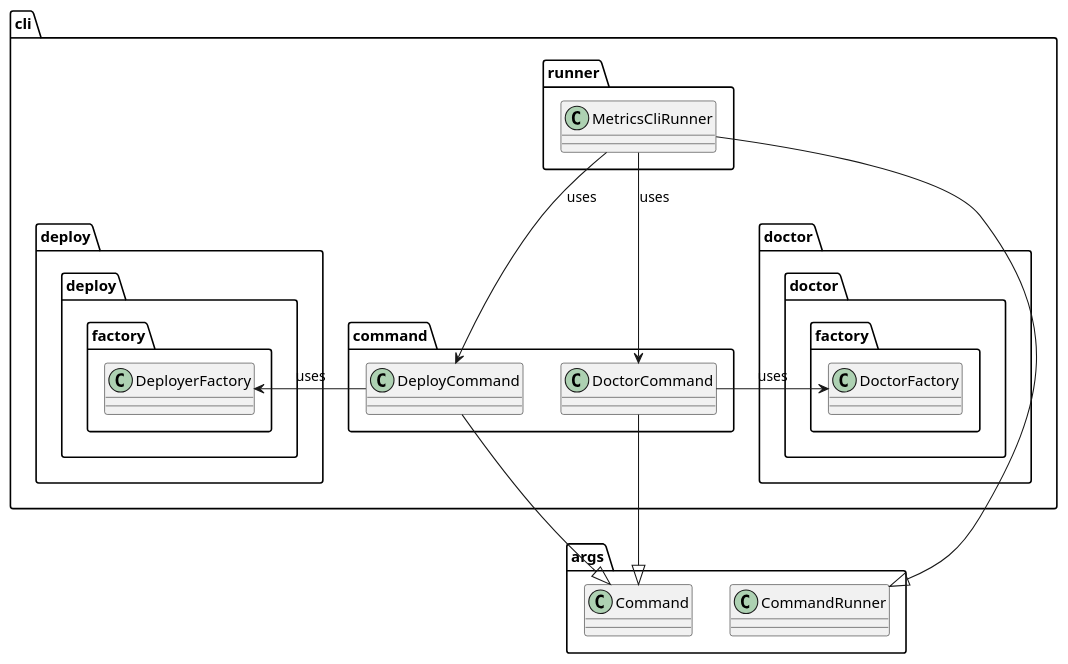
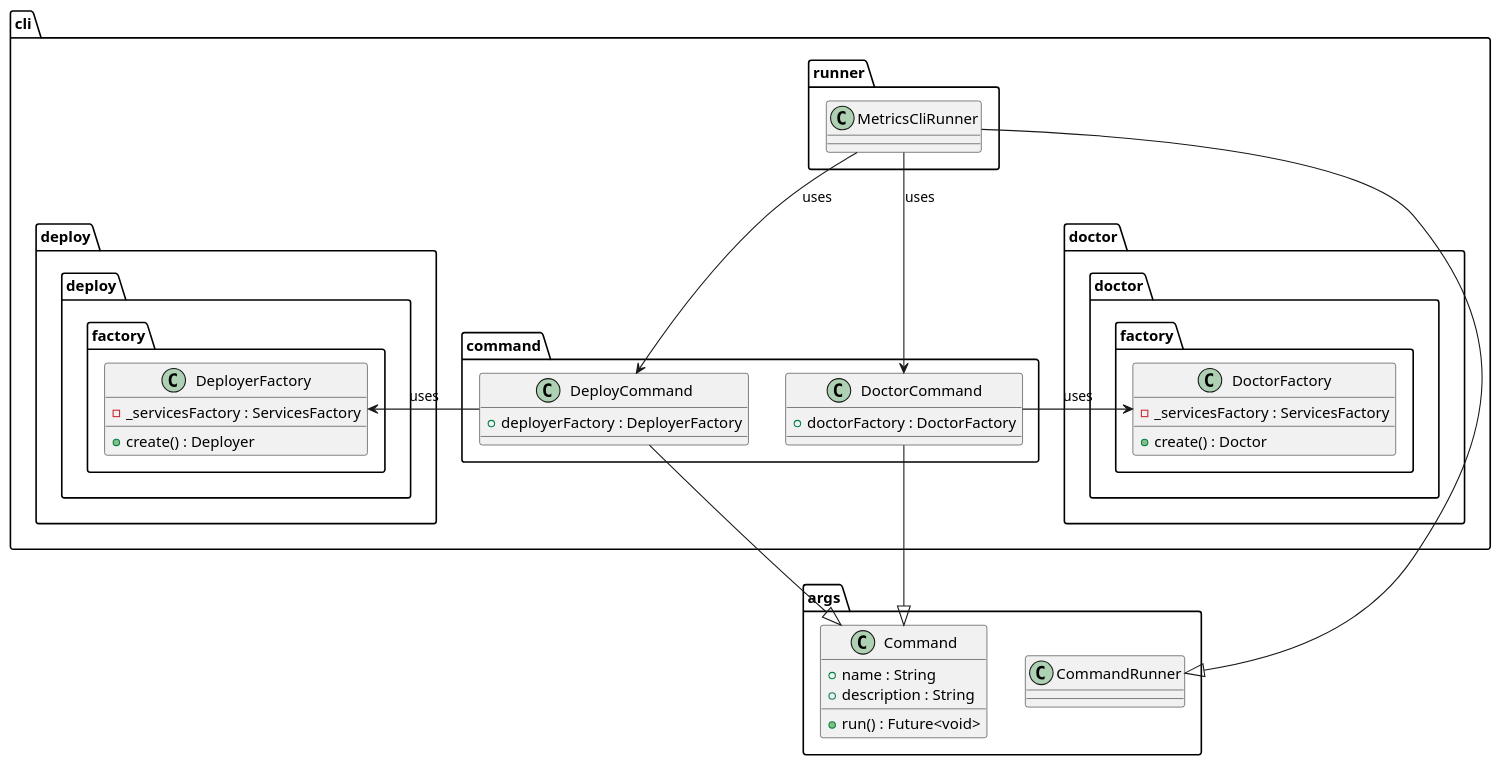
The diagram in metrics/cli/docs/diagrams/metrics_cli_runner_class_diagram.puml (Flank/flank-dashboard), drawn with PlantUML before and after one commit. The commit also changed 4 other files, not shown here.

```diff
--- a/metrics/cli/docs/diagrams/metrics_cli_runner_class_diagram.puml
+++ b/metrics/cli/docs/diagrams/metrics_cli_runner_class_diagram.puml
@@ -1,42 +1,57 @@
 @startuml metrics_cli_runner_class_diagram
 
 package args {
     class CommandRunner{}
-    class Command {}
+    class Command {
+        + name : String
+        + description : String
+        + run() : Future<void>
+    }
 }
 
 package cli {
     package doctor {
         package factory as doctor.factory {
-            class DoctorFactory {}
+            class DoctorFactory {
+            - _servicesFactory : ServicesFactory
+            + create() : Doctor
+            }
         }
     }
 
     package runner {
         class MetricsCliRunner {}
     }
 
     package command {
-        class DeployCommand {}
-        class DoctorCommand {}
+        class DeployCommand {
+            + deployerFactory : DeployerFactory
+        }
+
+        class DoctorCommand {
+            + doctorFactory : DoctorFactory
+        }
     }
 
     package deploy {
         package factory as deploy.factory{
-            class DeployerFactory {}
+            class DeployerFactory {
+                - _servicesFactory : ServicesFactory
+                + create() : Deployer
+            }
         }
     }
 }
 
 MetricsCliRunner --> DoctorCommand : uses
 MetricsCliRunner --> DeployCommand : uses
 DeployCommand -left-> DeployerFactory : uses
 DoctorCommand -right-> DoctorFactory : uses
 
 DeployCommand --|> Command
 DoctorCommand --|> Command
 
 MetricsCliRunner --|> CommandRunner
 
 
 @enduml
```
